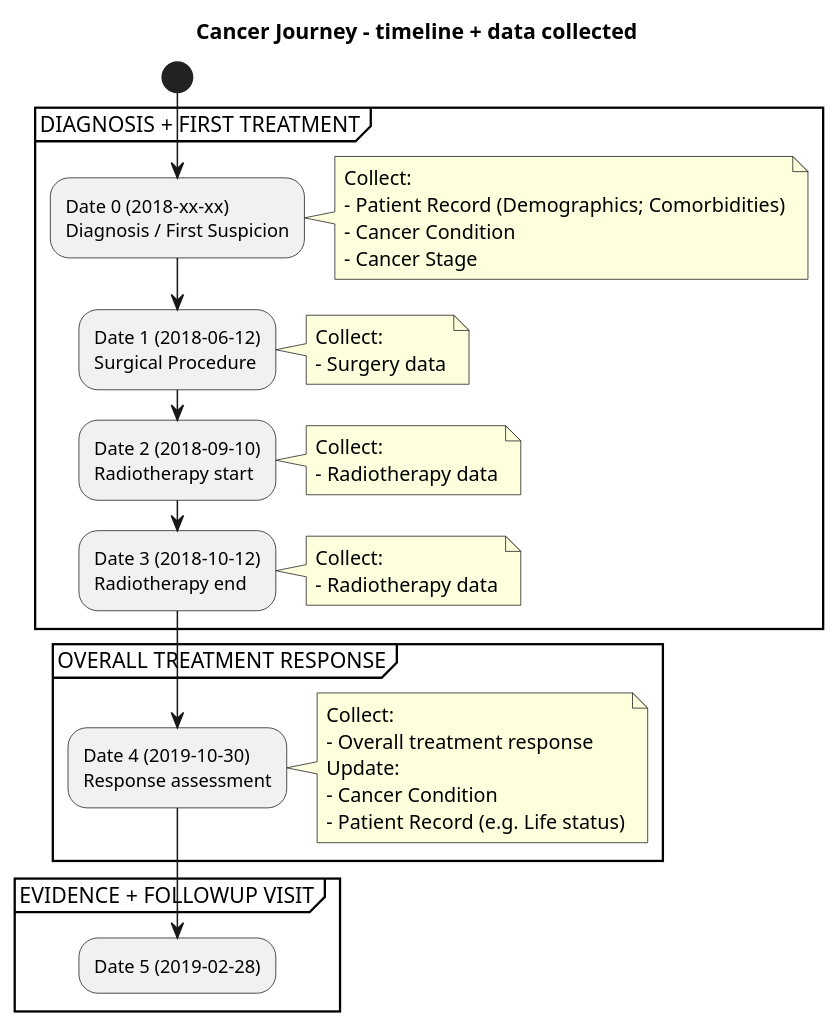
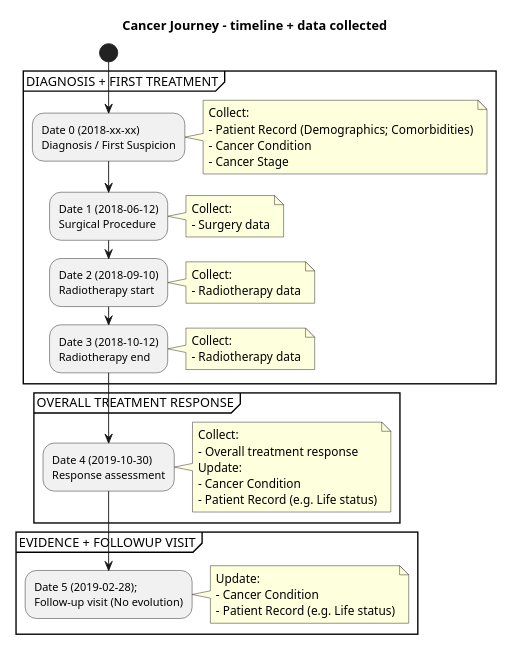
The diagram in input/images-source/CancerJourneyData1.plantuml (hl7-eu/cancer-common), drawn with PlantUML before and after one commit. The commit also changed 6 other files, not shown here.

```diff
--- a/input/images-source/CancerJourneyData1.plantuml
+++ b/input/images-source/CancerJourneyData1.plantuml
@@ -1,47 +1,56 @@
 @startuml
+
+scale 0.6
+
 title Cancer Journey – timeline + data collected
+
 start
 partition "DIAGNOSIS + FIRST TREATMENT" {
   :Date 0 (2018-xx-xx)\nDiagnosis / First Suspicion;
   note right
     Collect:
     - Patient Record (Demographics; Comorbidities)
     - Cancer Condition
     - Cancer Stage
   end note
 
   :Date 1 (2018-06-12)\nSurgical Procedure;
   note right
     Collect:
     - Surgery data
   end note
 
   :Date 2 (2018-09-10)\nRadiotherapy start;
   note right
     Collect:
     - Radiotherapy data
   end note
 
   :Date 3 (2018-10-12)\nRadiotherapy end;
   note right
     Collect:
     - Radiotherapy data
   end note
 }
 
 partition "OVERALL TREATMENT RESPONSE" {
   :Date 4 (2019-10-30)\nResponse assessment;
   note right
     Collect:
     - Overall treatment response
     Update:
     - Cancer Condition
     - Patient Record (e.g. Life status)
   end note
 }
 
 partition "EVIDENCE + FOLLOWUP VISIT" {
-  :Date 5 (2019-02-28);
+  :Date 5 (2019-02-28);\nFollow-up visit (No evolution);
+    note right
+    Update:
+    - Cancer Condition
+    - Patient Record (e.g. Life status)
+  end note
 }
 
 @enduml
```
